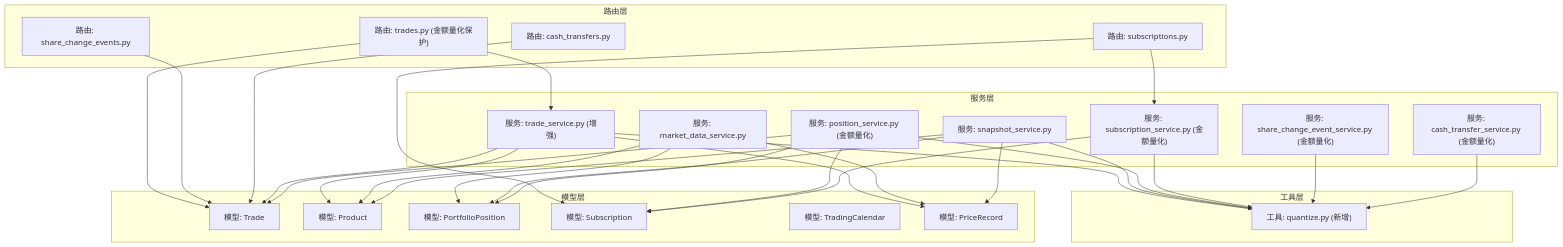
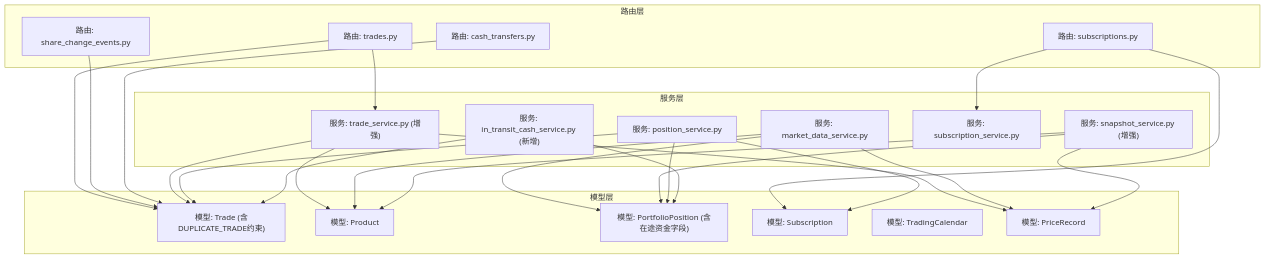
Before and after one commit to gujialind/InvestRing: the first of 17 diagrams in .qoder/repowiki/zh/content/核心业务功能/交易处理.md, drawn with Mermaid. The commit also changed other lines of this file and 64 other files, not shown here.

````diff
--- a/.qoder/repowiki/zh/content/核心业务功能/交易处理.md
+++ b/.qoder/repowiki/zh/content/核心业务功能/交易处理.md
@@ -64,54 +58,45 @@
 ```mermaid
 graph TB
 subgraph "路由层"
-RTrades["路由: trades.py (金额量化保护)"]
+RTrades["路由: trades.py"]
 RCashTransfers["路由: cash_transfers.py"]
 RSubs["路由: subscriptions.py"]
 REvents["路由: share_change_events.py"]
 end
 subgraph "服务层"
 STrade["服务: trade_service.py (增强)"]
 SMarket["服务: market_data_service.py"]
-SSnapshot["服务: snapshot_service.py"]
-SPos["服务: position_service.py (金额量化)"]
-SSub["服务: subscription_service.py (金额量化)"]
-SEvent["服务: share_change_event_service.py (金额量化)"]
-SCash["服务: cash_transfer_service.py (金额量化)"]
-end
-subgraph "工具层"
-Quantize["工具: quantize.py (新增)"]
+SSnapshot["服务: snapshot_service.py (增强)"]
+SPos["服务: position_service.py"]
+SSub["服务: subscription_service.py"]
+SCash["服务: in_transit_cash_service.py (新增)"]
 end
 subgraph "模型层"
-MTrade["模型: Trade"]
+MTrade["模型: Trade (含DUPLICATE_TRADE约束)"]
 MProduct["模型: Product"]
-MPos["模型: PortfolioPosition"]
+MPos["模型: PortfolioPosition (含在途资金字段)"]
 MSub["模型: Subscription"]
 MCal["模型: TradingCalendar"]
 MPrice["模型: PriceRecord"]
 end
 RTrades --> MTrade
 RTrades --> STrade
 RSubs --> MSub
 RSubs --> SSub
 REvents --> MTrade
 RCashTransfers --> MTrade
 STrade --> MTrade
 STrade --> MProduct
 STrade --> MPrice
-STrade --> Quantize
 SMarket --> MPrice
 SMarket --> MProduct
 SMarket --> MPos
 SSnapshot --> MPrice
 SSnapshot --> MProduct
 SSnapshot --> MPos
-SSnapshot --> Quantize
 SPos --> MPos
 SPos --> MSub
 SPos --> MTrade
-SPos --> Quantize
-SSub --> MSub
-SSub --> Quantize
-SEvent --> Quantize
-SCash --> Quantize
+SCash --> MTrade
+SCash --> MPos
 ```
````
